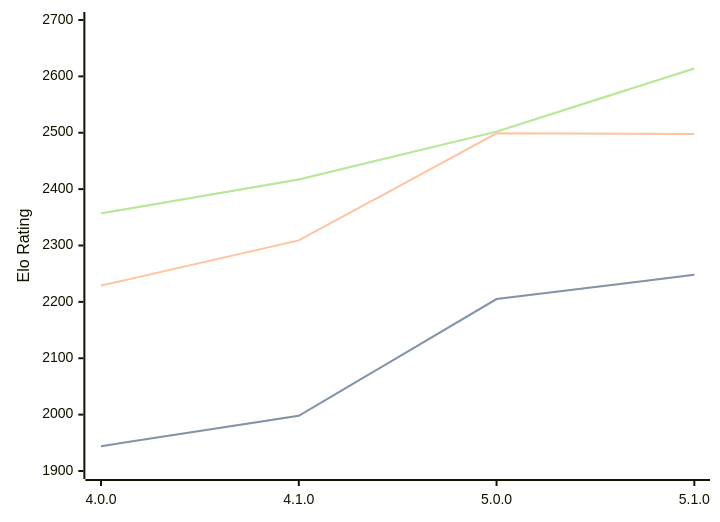
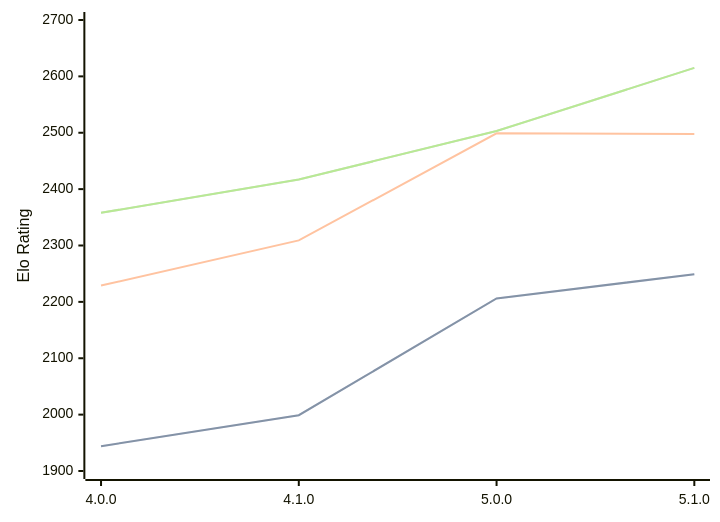
Before and after one commit to computer-chess-index/cci: the diagram in engines/Aconcagua.md, drawn with Mermaid. The commit also changed other lines of this file, not shown here.

Commit message:
Update CCI Ratings (ELO VLTC) - 2026-05-06

````diff
--- a/engines/Aconcagua.md
+++ b/engines/Aconcagua.md
@@ -43,11 +43,11 @@
 ```mermaid
 %%{init: {"theme":"base","themeVariables":{"seriesColors:['#a3a3a3','#222221','#faa371']}}}%%
 xychart-beta
   x-axis ["4.0.0", "4.1.0", "5.0.0", "5.1.0"]
   y-axis "Elo Rating" 1900 --> 2700
-  line "STC (8.0+0.08s)" [1944, 1998, 2205, 2248]
-  line "STC (8.0+0.08s)" [1944, 1998, 2205, 2248]
+  line "STC (8.0+0.08s)" [1944, 1999, 2206, 2249]
+  line "STC (8.0+0.08s)" [1944, 1999, 2206, 2249]
   line "LTC (60.0+0.60s)" [2229, 2309, 2499, 2498]
-  line "VLTC (2m24s+1.12s)" [2357, 2417, 2502, 2614]
-  line "VLTC (2m24s+1.12s)" [2357, 2417, 2502, 2614]
+  line "VLTC (2m24s+1.12s)" [2358, 2417, 2503, 2615]
+  line "VLTC (2m24s+1.12s)" [2358, 2417, 2503, 2615]
 ```
````
